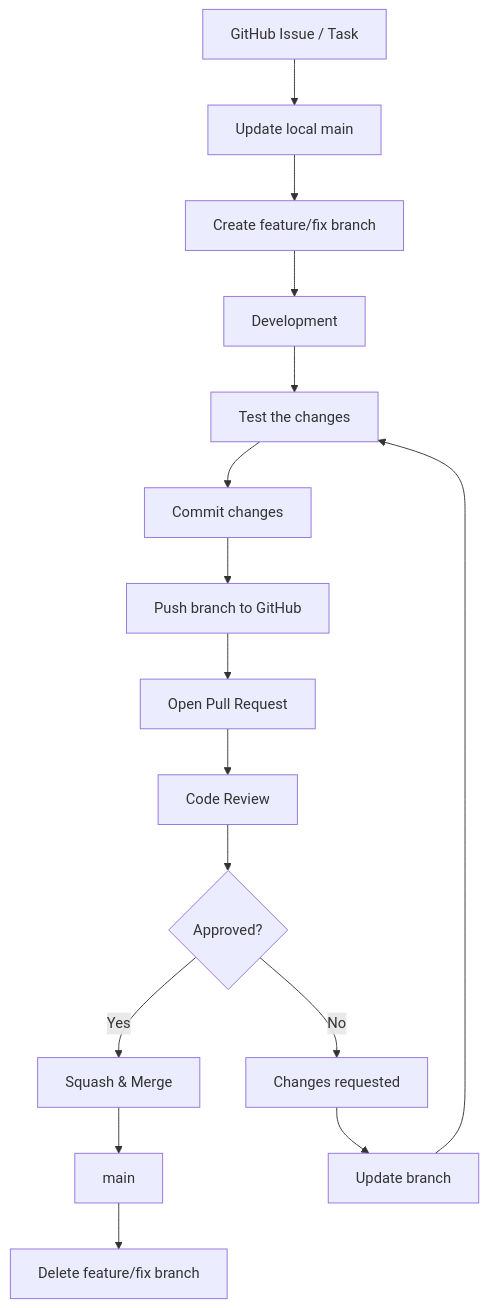
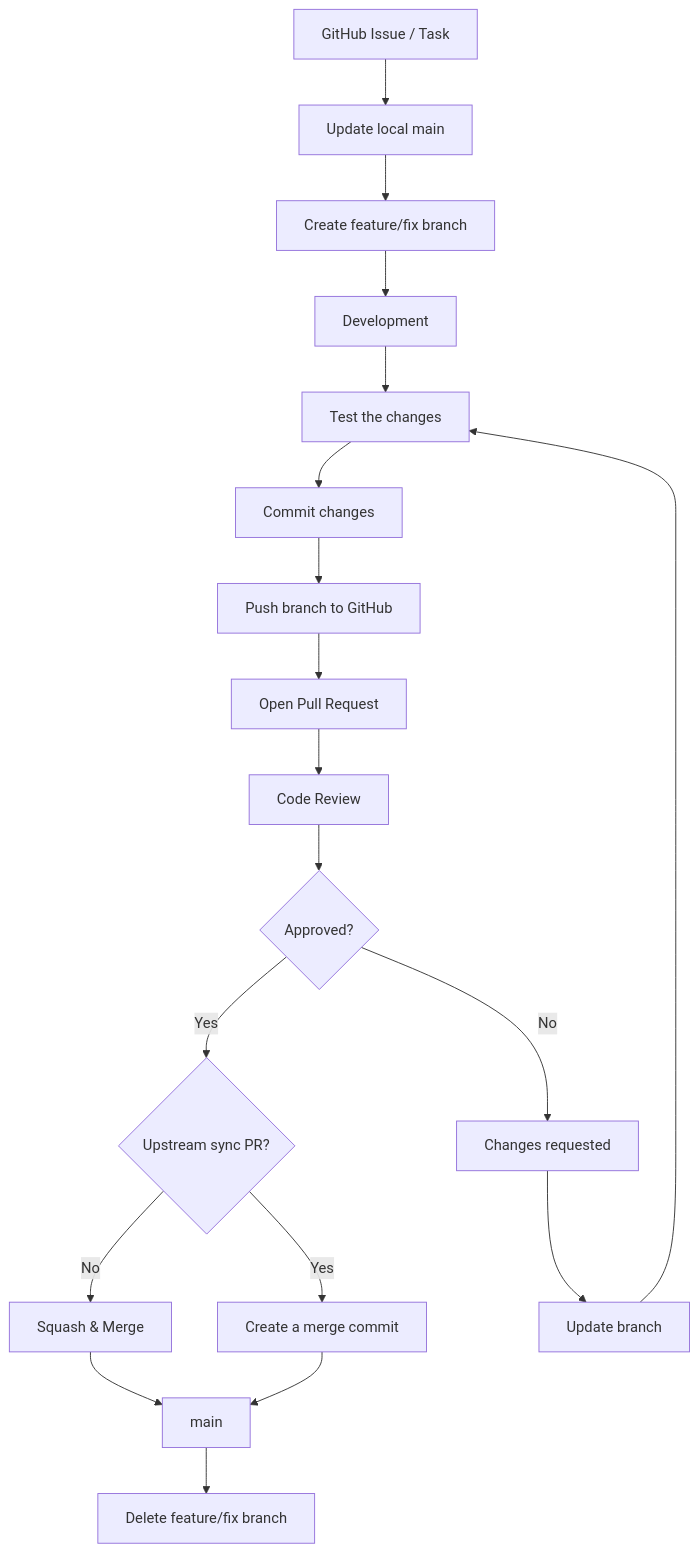
One commit to YitWub/KimchiBaguette changed the diagram in docs/KimchiBaguette_Git_Workflow.md. Above: the diagram before and after it, drawn with Mermaid. The commit also changed other lines of this file, not shown here.

First line of the commit message:
[Docs] Allow merge commits for upstream sync pull requests

````diff
--- a/docs/KimchiBaguette_Git_Workflow.md
+++ b/docs/KimchiBaguette_Git_Workflow.md
@@ -221,18 +253,21 @@
 ```mermaid
 flowchart TD
     A[GitHub Issue / Task] --> B[Update local main]
     B --> C[Create feature/fix branch]
     C --> D[Development]
     D --> E[Test the changes]
     E --> F[Commit changes]
     F --> G[Push branch to GitHub]
     G --> H[Open Pull Request]
     H --> I[Code Review]
     I --> J{Approved?}
-    J -->|Yes| K[Squash & Merge]
+    J -->|Yes| P{Upstream sync PR?}
+    P -->|No| K[Squash & Merge]
+    P -->|Yes| Q[Create a merge commit]
     K --> L[main]
+    Q --> L
     L --> M[Delete feature/fix branch]
     J -->|No| N[Changes requested]
     N --> O[Update branch]
     O --> E
 ```
````
